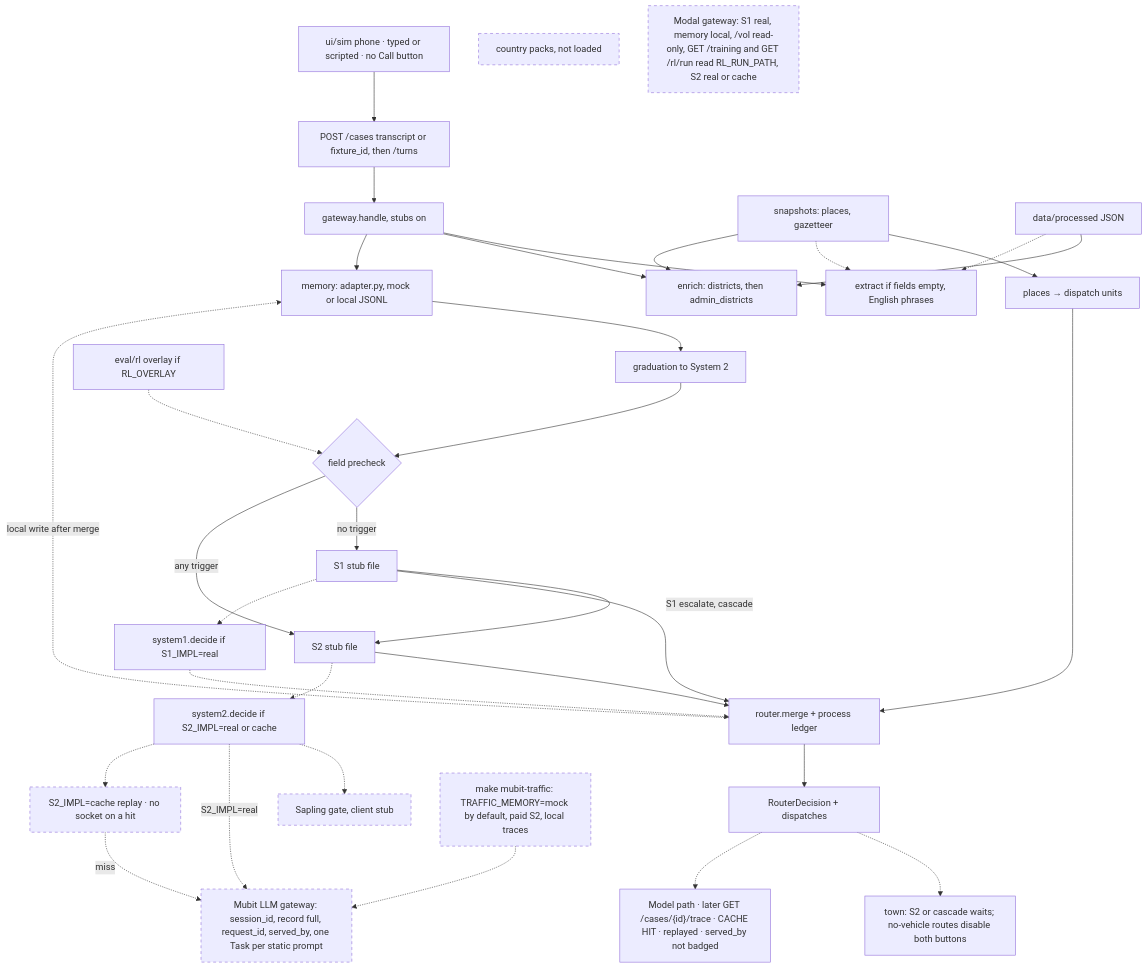
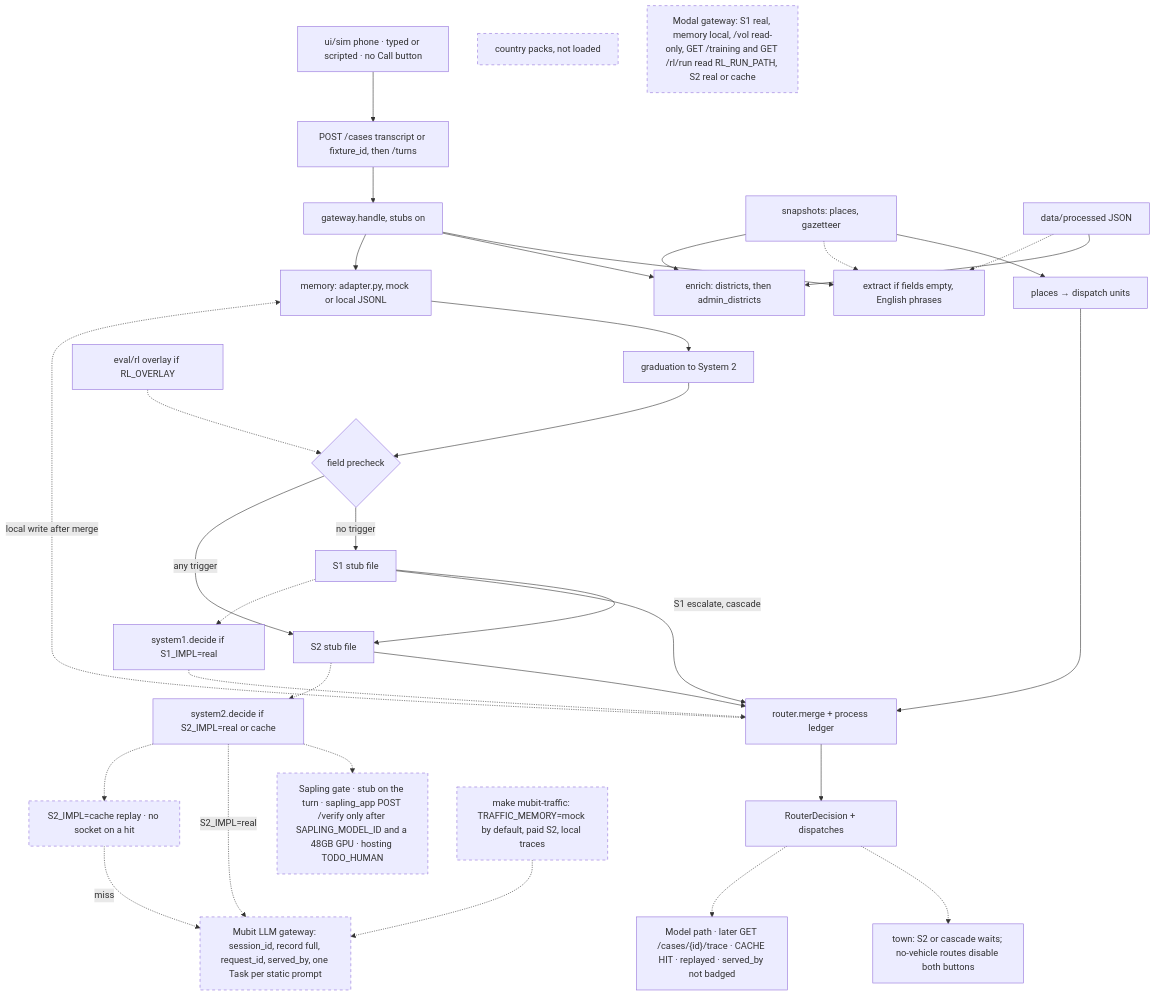
The first of 3 diagrams in BaanSafe_Revised_Architecture.md (melaniepreen/Baan-Safe), drawn with Mermaid before and after one commit. The commit also changed other lines of this file and 1 other file, not shown here.

First line of the commit message:
docs: refresh architecture diagram (dca4930)

````diff
--- a/BaanSafe_Revised_Architecture.md
+++ b/BaanSafe_Revised_Architecture.md
@@ -20,38 +20,38 @@
 ```mermaid
 flowchart TD
   classDef unwired stroke-dasharray: 5 5
   phone["ui/sim phone · typed or scripted · no Call button"] --> turns["POST /cases transcript or fixture_id, then /turns"]
   turns --> gw["gateway.handle, stubs on"]
   gw --> extract["extract if fields empty, English phrases"]
   gw --> enrich["enrich: districts, then admin_districts"]
   gw --> mem["memory: adapter.py, mock or local JSONL"]
   mem --> grad["graduation to System 2"]
   grad --> pick{"field precheck"}
   pick -->|no trigger| s1["S1 stub file"]
   pick -->|any trigger| s2["S2 stub file"]
   s1 -->|"S1 escalate, cascade"| s2
   ov["eval/rl overlay if RL_OVERLAY"] -.-> pick
   s1 --> merge["router.merge + process ledger"]
   s2 --> merge
   merge -.->|"local write after merge"| mem
   snap["snapshots: places, gazetteer"] --> places["places → dispatch units"]
   places --> merge
   proc["data/processed JSON"] --> enrich
   proc -.-> extract
   snap -.-> extract
   snap --> enrich
   merge --> out["RouterDecision + dispatches"]
   out -.-> hold["town: S2 or cascade waits; no-vehicle routes disable both buttons"]
   out -.-> path["Model path · later GET /cases/{id}/trace · CACHE HIT · replayed · served_by not badged"]
   s1 -.-> rules["system1.decide if S1_IMPL=real"]
   rules -.-> merge
   s2 -.-> s2d["system2.decide if S2_IMPL=real or cache"]
-  s2d -.-> sap["Sapling gate, client stub"]:::unwired
+  s2d -.-> sap["Sapling gate · stub on the turn · sapling_app POST /verify only after SAPLING_MODEL_ID and a 48GB GPU · hosting TODO_HUMAN"]:::unwired
   s2d -.->|"S2_IMPL=real"| llm["Mubit LLM gateway: session_id, record full, request_id, served_by, one Task per static prompt"]:::unwired
   s2d -.-> scache["S2_IMPL=cache replay · no socket on a hit"]:::unwired
   scache -.->|"miss"| llm
   traffic["make mubit-traffic: TRAFFIC_MEMORY=mock by default, paid S2, local traces"]:::unwired
   traffic -.-> llm
   packs["country packs, not loaded"]:::unwired
   modal["Modal gateway: S1 real, memory local, /vol read-only, GET /training and GET /rl/run read RL_RUN_PATH, S2 real or cache"]:::unwired
 ```
````
